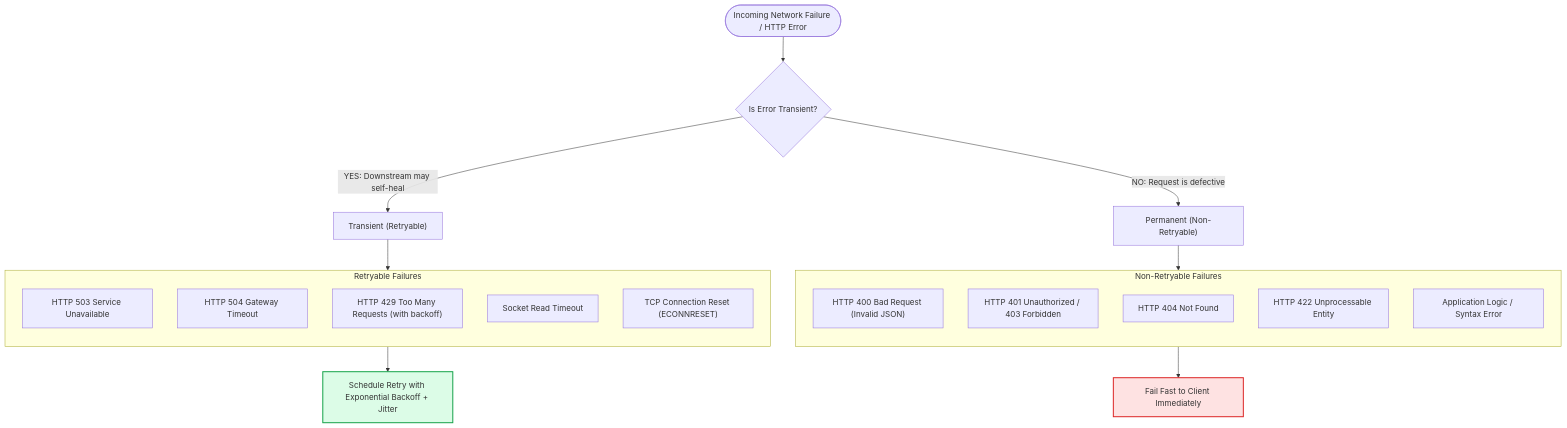
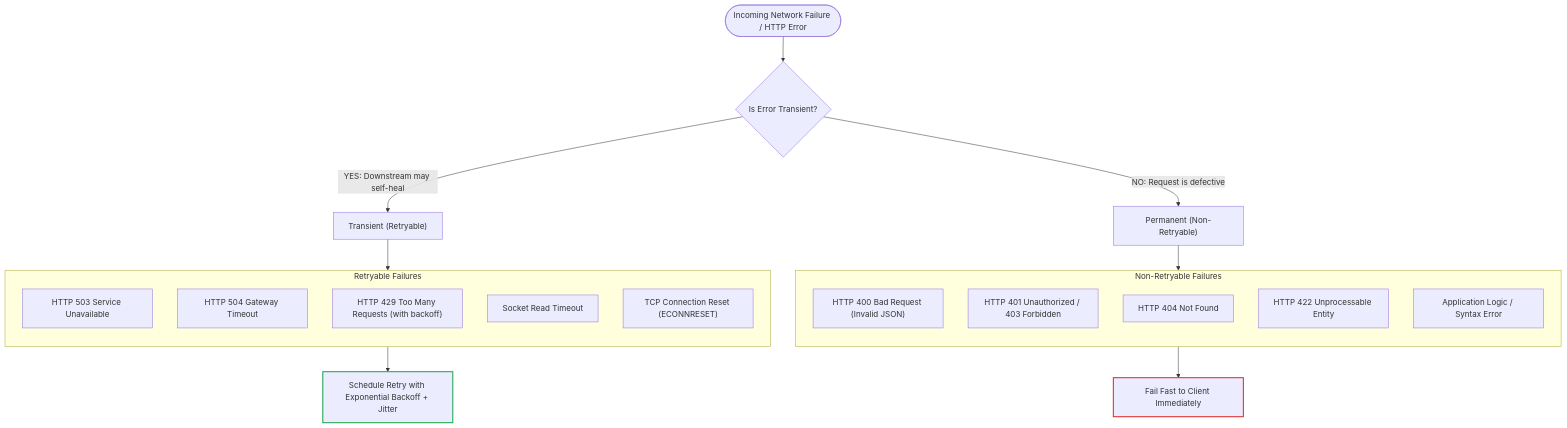
Before and after one commit to yodh4/ubiquitous-parakeet: the first of 4 diagrams in docs/02-retries-backoff-jitter.md, drawn with Mermaid. The commit also changed other lines of this file and 5 other files, not shown here.

Commit message:
Docs: Fix dark/light theme contrast across all diagrams and add DOCUMENTATION_RULES.md

````diff
--- a/docs/02-retries-backoff-jitter.md
+++ b/docs/02-retries-backoff-jitter.md
@@ -13,31 +13,31 @@
 ```mermaid
 flowchart TD
     Err(["Incoming Network Failure / HTTP Error"]) --> Check{"Is Error Transient?"}
 
     Check -->|"YES: Downstream may self-heal"| TransientBranch["Transient (Retryable)"]
     Check -->|"NO: Request is defective"| PermanentBranch["Permanent (Non-Retryable)"]
 
     subgraph TransientExamples ["Retryable Failures"]
         direction TB
         T1["HTTP 503 Service Unavailable"]
         T2["HTTP 504 Gateway Timeout"]
         T3["HTTP 429 Too Many Requests (with backoff)"]
         T4["Socket Read Timeout"]
         T5["TCP Connection Reset (ECONNRESET)"]
     end
 
     subgraph PermanentExamples ["Non-Retryable Failures"]
         direction TB
         P1["HTTP 400 Bad Request (Invalid JSON)"]
         P2["HTTP 401 Unauthorized / 403 Forbidden"]
         P3["HTTP 404 Not Found"]
         P4["HTTP 422 Unprocessable Entity"]
         P5["Application Logic / Syntax Error"]
     end
 
     TransientBranch --> TransientExamples --> ActionRetry["Schedule Retry with Exponential Backoff + Jitter"]
     PermanentBranch --> PermanentExamples --> ActionFail["Fail Fast to Client Immediately"]
 
-    style ActionRetry fill:#dcfce7,stroke:#16a34a,stroke-width:2px
-    style ActionFail fill:#fee2e2,stroke:#dc2626,stroke-width:2px
+    style ActionRetry stroke:#16a34a,stroke-width:2px
+    style ActionFail stroke:#dc2626,stroke-width:2px
 ```
````
